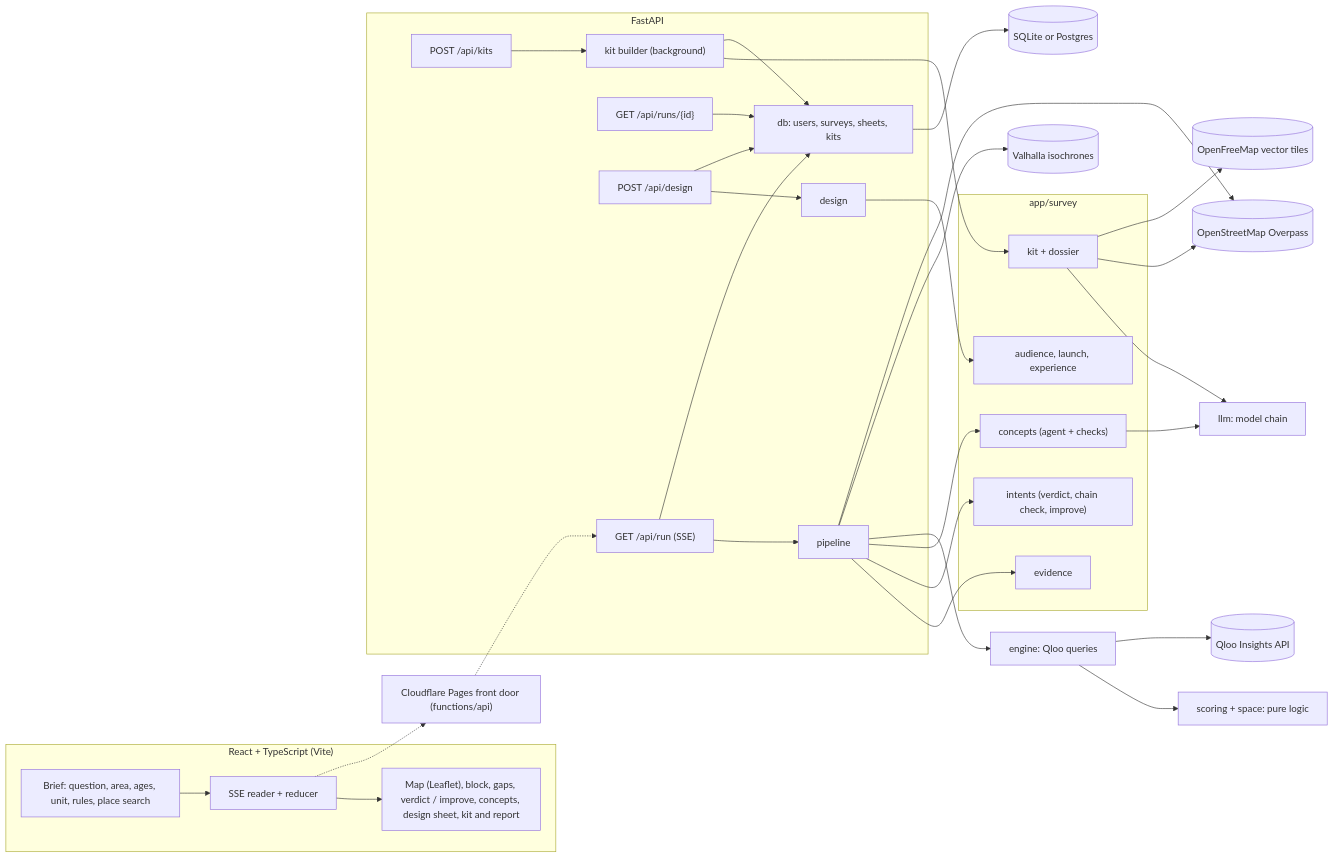
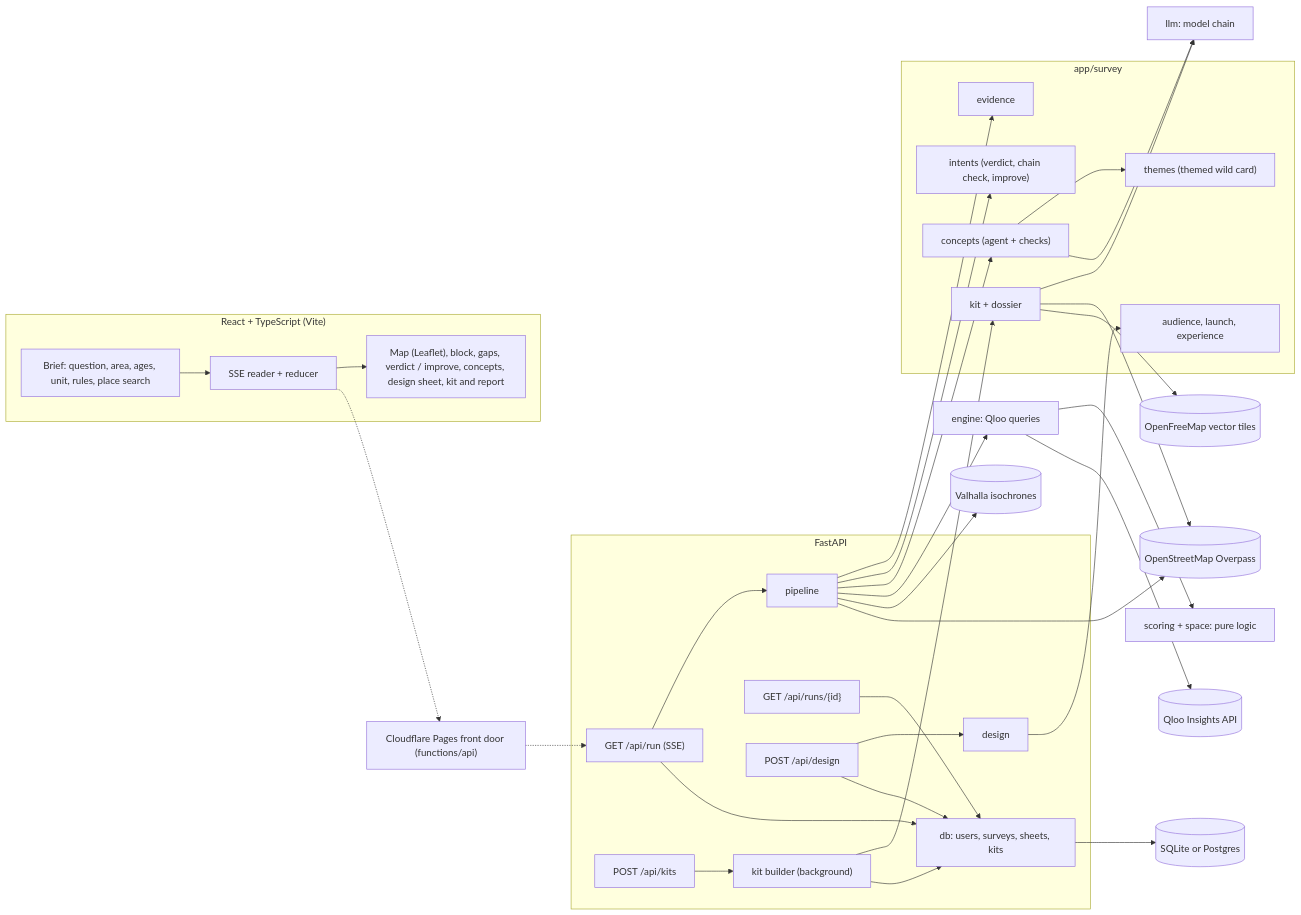
Before and after one commit to AhmedOsamaAli/walk-in: the diagram in README.md, drawn with Mermaid. The commit also changed other lines of this file and 16 other files, not shown here.

First line of the commit message:
Themed wild card: a place built on what people here watch, hear and follow

````diff
--- a/README.md
+++ b/README.md
@@ -203,35 +206,36 @@
 ```mermaid
 flowchart LR
   subgraph Browser["React + TypeScript (Vite)"]
     UI["Brief: question, area, ages, unit, rules, place search"] --> Stream["SSE reader + reducer"]
     Stream --> Views["Map (Leaflet), block, gaps, verdict / improve, concepts, design sheet, kit and report"]
   end
   Front["Cloudflare Pages front door (functions/api)"]
   subgraph API["FastAPI"]
     Run["GET /api/run (SSE)"] --> Pipeline
     Record["GET /api/runs/{id}"] --> Store
     Design["POST /api/design"] --> Sheets
     Kits["POST /api/kits"] --> Builder["kit builder (background)"]
   end
   subgraph Survey["app/survey"]
     Pipeline["pipeline"] --> Evidence["evidence"]
     Pipeline --> Intents["intents (verdict, chain check, improve)"]
     Pipeline --> Concepts["concepts (agent + checks)"]
+    Concepts --> Themes["themes (themed wild card)"]
     Sheets["design"] --> Plans["audience, launch, experience"]
     Builder --> Kit["kit + dossier"]
   end
   Engine["engine: Qloo queries"] --> Scoring["scoring + space: pure logic"]
   Pipeline --> Engine
   Concepts --> LLM["llm: model chain"]
   Kit --> LLM
   Engine --> Qloo[("Qloo Insights API")]
   Pipeline --> Walk[("Valhalla isochrones")]
   Pipeline --> OSM[("OpenStreetMap Overpass")]
   Kit --> OSM
   Kit --> Tiles[("OpenFreeMap vector tiles")]
   Run --> Store["db: users, surveys, sheets, kits"]
   Design --> Store
   Builder --> Store
   Store --> Database[("SQLite or Postgres")]
   Stream -.-> Front -.-> Run
 ```
````
